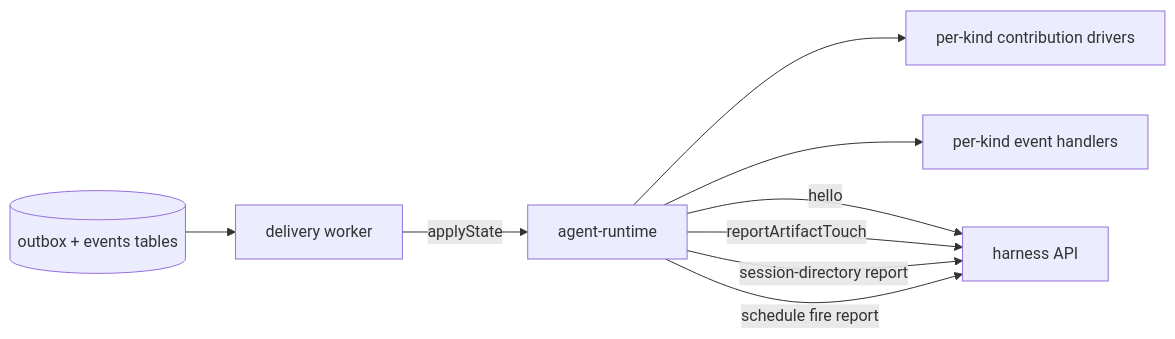
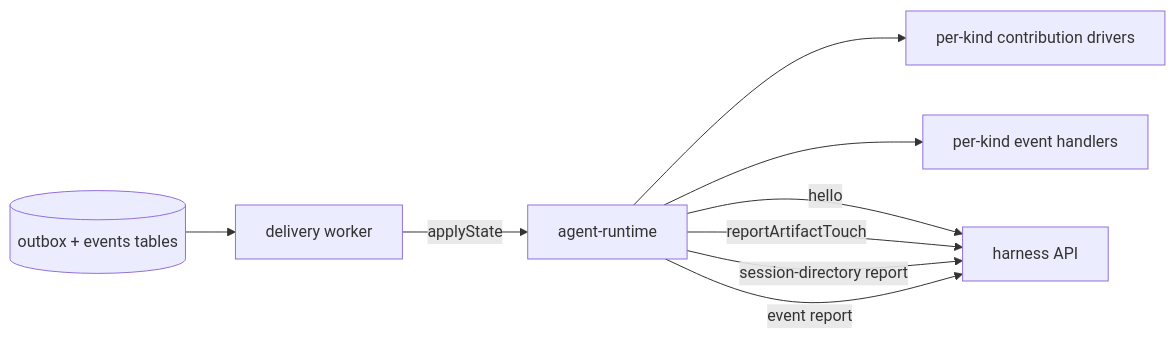
Before and after one commit to dam-agents/dam: the first of 5 diagrams in docs/architecture/runtime-delivery.md, drawn with Mermaid. The commit also changed other lines of this file and 35 other files, not shown here.

````diff
--- a/docs/architecture/runtime-delivery.md
+++ b/docs/architecture/runtime-delivery.md
@@ -20,18 +20,18 @@
 ```mermaid
 flowchart LR
   outbox[(outbox + events tables)]
   worker[delivery worker]
   rt[agent-runtime]
   drivers[per-kind contribution drivers]
   handlers[per-kind event handlers]
   api[harness API]
 
   outbox --> worker
   worker -->|applyState| rt
   rt --> drivers
   rt --> handlers
   rt -->|hello| api
   rt -->|reportArtifactTouch| api
   rt -->|session-directory report| api
-  rt -->|schedule fire report| api
+  rt -->|event report| api
 ```
````
